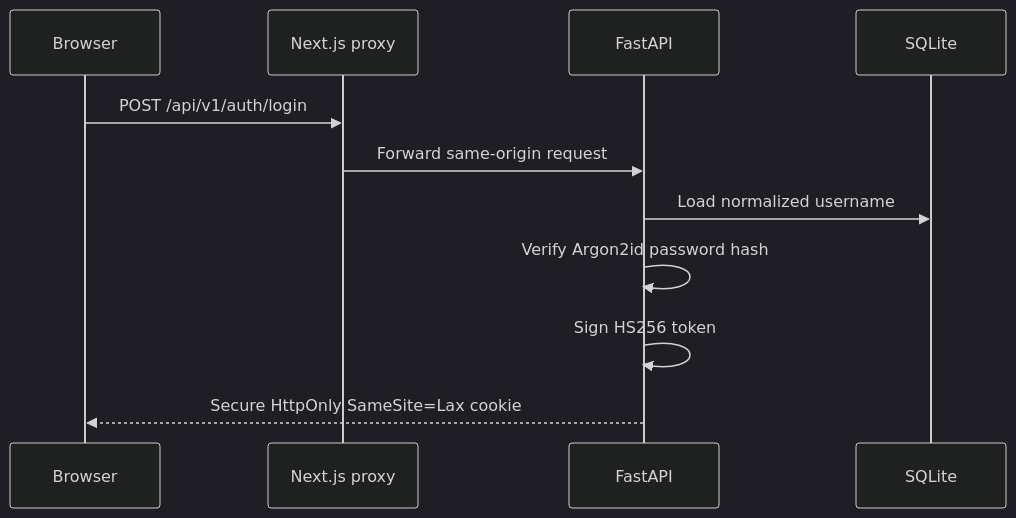
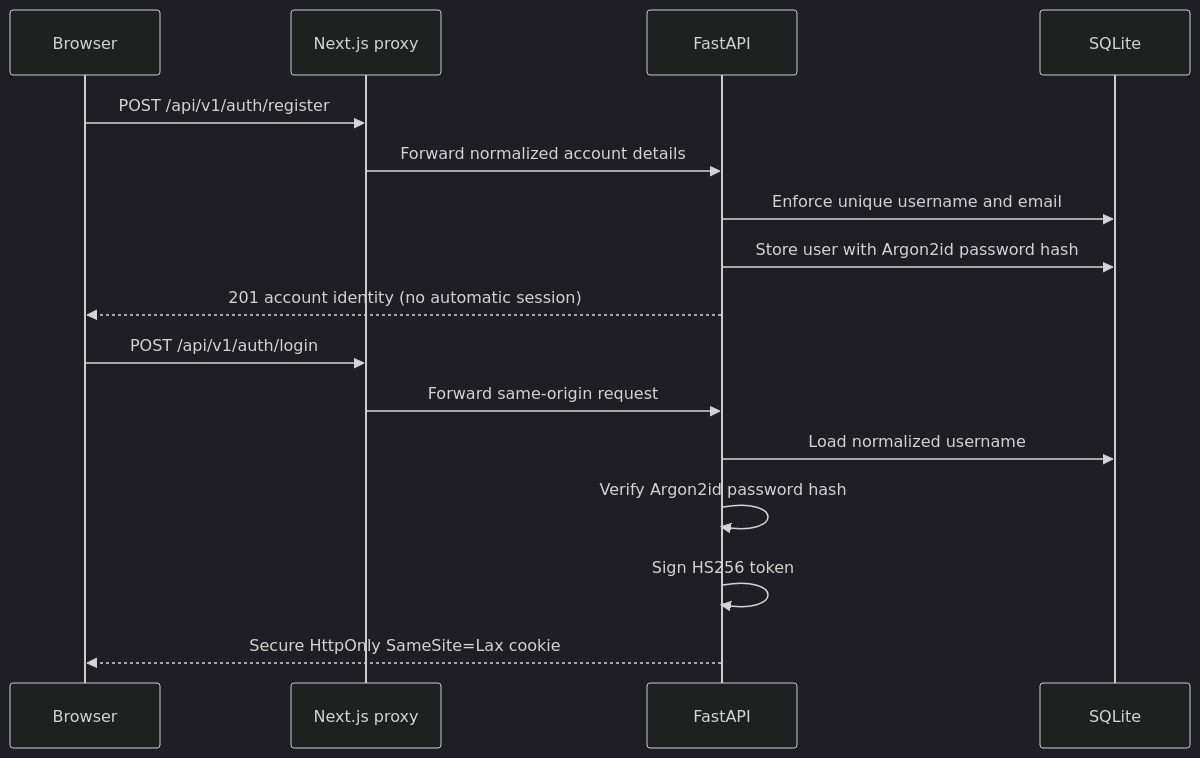
Before and after one commit to ashishbaberwal/duolingo-clone: the third of 4 diagrams in README.md, drawn with Mermaid (dark theme). The commit also changed other lines of this file and 7 other files, not shown here.

Commit message:
docs(auth): explain multi-user identity and progress

````diff
--- a/README.md
+++ b/README.md
@@ -412,14 +413,19 @@
 ```mermaid
 sequenceDiagram
     participant Browser
     participant Next as Next.js proxy
     participant API as FastAPI
     participant DB as SQLite
 
+    Browser->>Next: POST /api/v1/auth/register
+    Next->>API: Forward normalized account details
+    API->>DB: Enforce unique username and email
+    API->>DB: Store user with Argon2id password hash
+    API-->>Browser: 201 account identity (no automatic session)
     Browser->>Next: POST /api/v1/auth/login
     Next->>API: Forward same-origin request
     API->>DB: Load normalized username
     API->>API: Verify Argon2id password hash
     API->>API: Sign HS256 token
     API-->>Browser: Secure HttpOnly SameSite=Lax cookie
 ```
````
